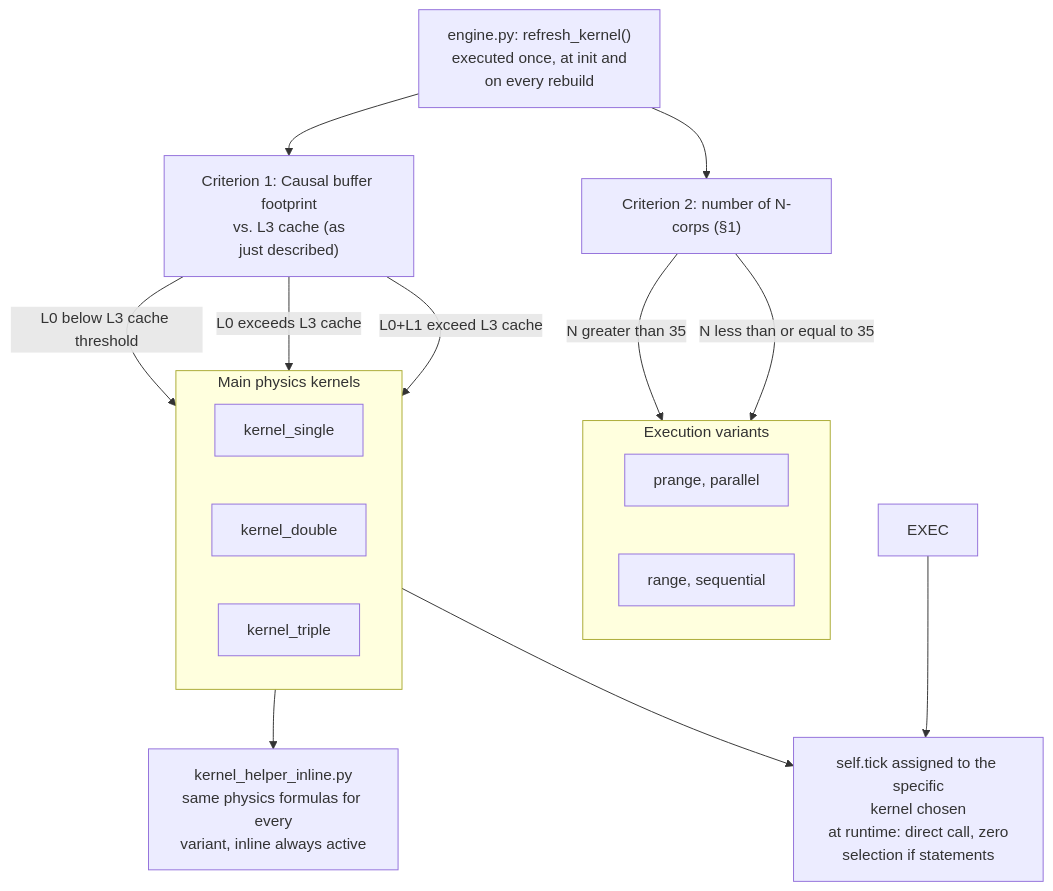
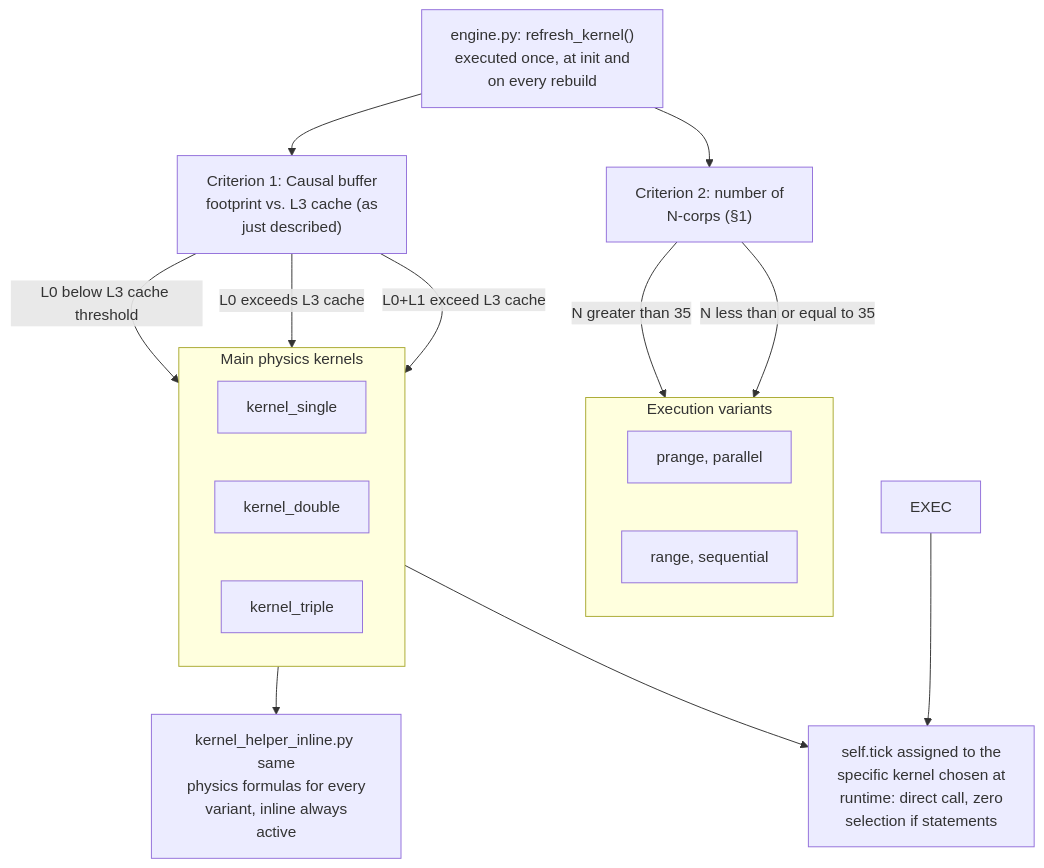
The second of 11 diagrams in ARCHITECTURE_DEEP_DIVE.md (alessandro-pioli/AstroCausal_Engine), drawn with Mermaid before and after one commit. The commit also changed other lines of this file and 2 other files, not shown here.

Commit message:
docs: leggibilita dei diagrammi e igiene del gitignore

````diff
--- a/ARCHITECTURE_DEEP_DIVE.md
+++ b/ARCHITECTURE_DEEP_DIVE.md
@@ -194,28 +194,28 @@
 ```mermaid
 flowchart TD
-    A["engine.py: refresh_kernel()<br/>executed once, at init and<br/>on every rebuild"] --> B["Criterion 1: Causal buffer footprint<br/>vs. L3 cache (as<br/>just described)"]
-    A --> C["Criterion 2: number of N-corps (§1)"]
+    A["engine.py: refresh_kernel()<br/>executed once, at init and<br/>on every rebuild"] --> B["Criterion 1: Causal buffer<br/>footprint vs. L3 cache (as<br/>just described)"]
+    A --> C["Criterion 2: number of<br/>N-corps (§1)"]
 
     subgraph KERNEL["Main physics kernels"]
         direction LR
         K1["kernel_single"]
         K2["kernel_double"]
         K3["kernel_triple"]
     end
 
     subgraph ESEC["Execution variants"]
         direction LR
         P1["prange, parallel"]
         P2["range, sequential"]
     end
 
     B -->|"L0 below L3 cache threshold"| K1
     B -->|"L0 exceeds L3 cache"| K2
     B -->|"L0+L1 exceed L3 cache"| K3
     C -->|"N greater than 35"| P1
     C -->|"N less than or equal to 35"| P2
 
-    KERNEL --> H["kernel_helper_inline.py<br/>same physics formulas for every<br/>variant, inline always active"]
-    KERNEL --> T["self.tick assigned to the specific<br/>kernel chosen<br/>at runtime: direct call, zero<br/>selection if statements"]
+    KERNEL --> H["kernel_helper_inline.py same<br/>physics formulas for every<br/>variant, inline always<br/>active"]
+    KERNEL --> T["self.tick assigned to the<br/>specific kernel chosen at<br/>runtime: direct call, zero<br/>selection if statements"]
     EXEC --> T
 ```
````
